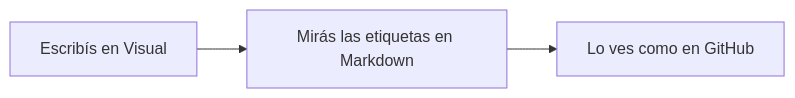
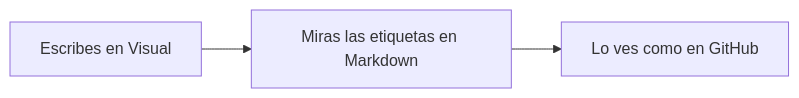
The diagram in samples/sample_es.md (Gabriel-Castiglia/vigia-windows), drawn with Mermaid before and after one commit. The commit also changed other lines of this file and 67 other files, not shown here.

````diff
--- a/samples/sample_es.md
+++ b/samples/sample_es.md
@@ -42,5 +42,5 @@
 ```mermaid
 flowchart LR
-    A[Escribís en Visual] --> B[Mirás las etiquetas en Markdown]
+    A[Escribes en Visual] --> B[Miras las etiquetas en Markdown]
     B --> C[Lo ves como en GitHub]
 ```
````
